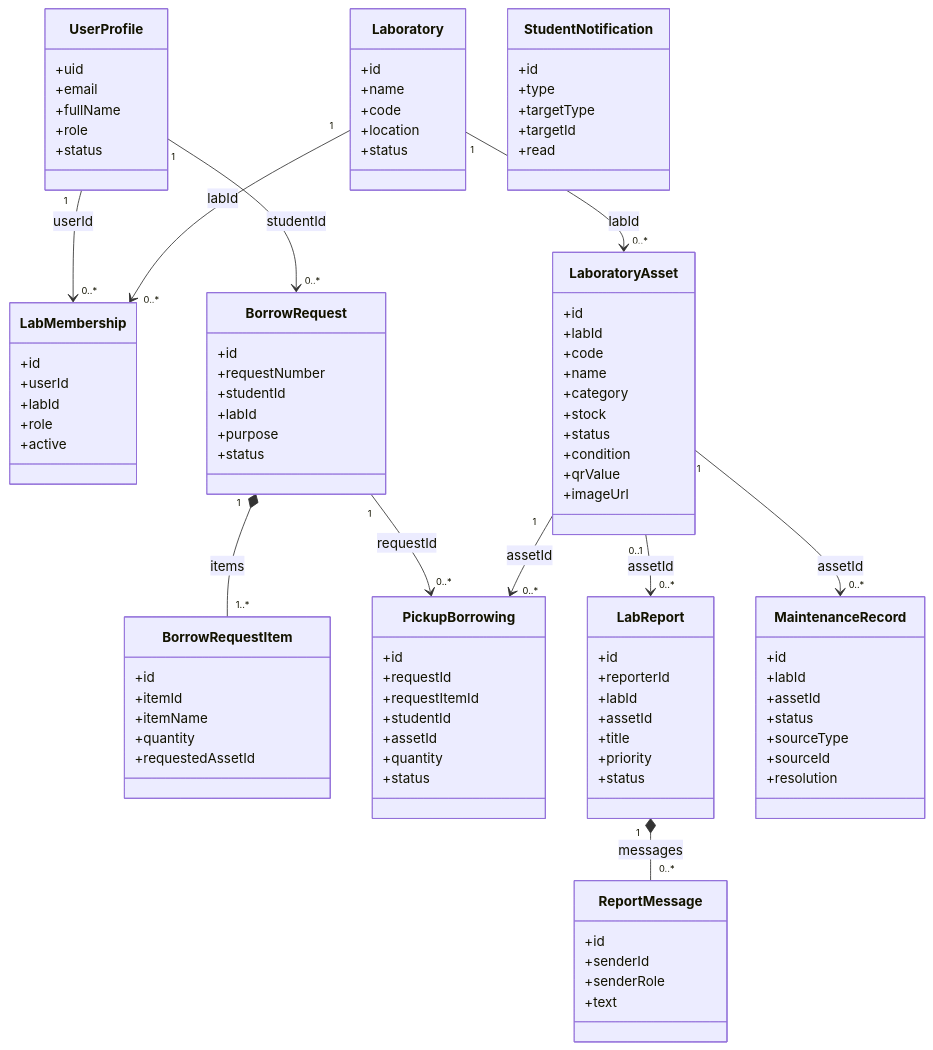
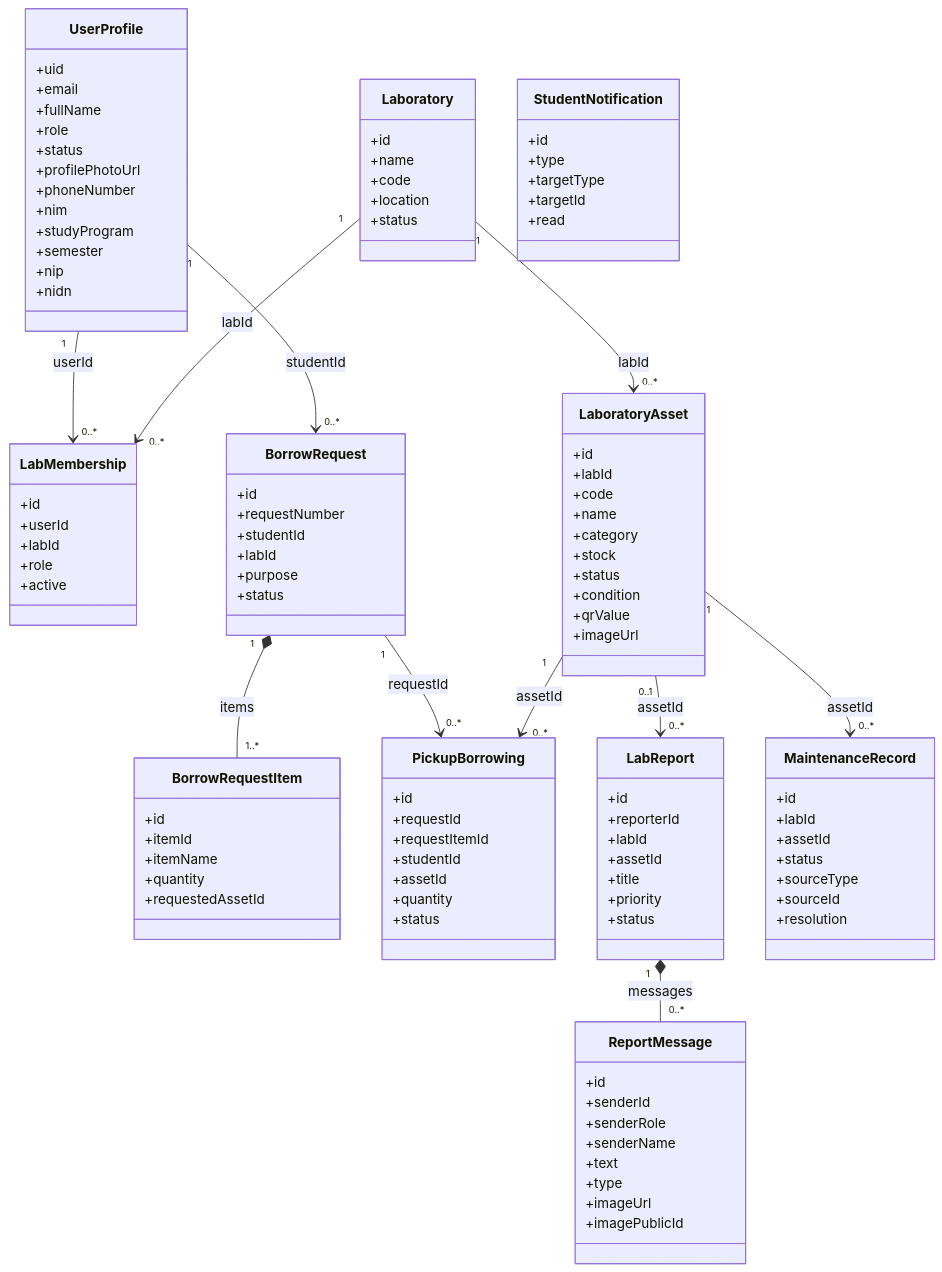
Before and after one commit to Heat4Cliff/LabFlow_Academic: the third of 8 diagrams in README.md, drawn with Mermaid. The commit also changed other lines of this file and 28 other files, not shown here.

```diff
--- a/README.md
+++ b/README.md
@@ -199,6 +199,13 @@
         +fullName
         +role
         +status
+        +profilePhotoUrl
+        +phoneNumber
+        +nim
+        +studyProgram
+        +semester
+        +nip
+        +nidn
     }
     class Laboratory {
         +id
@@ -263,7 +270,11 @@
         +id
         +senderId
         +senderRole
+        +senderName
         +text
+        +type
+        +imageUrl
+        +imagePublicId
     }
     class MaintenanceRecord {
         +id
```
